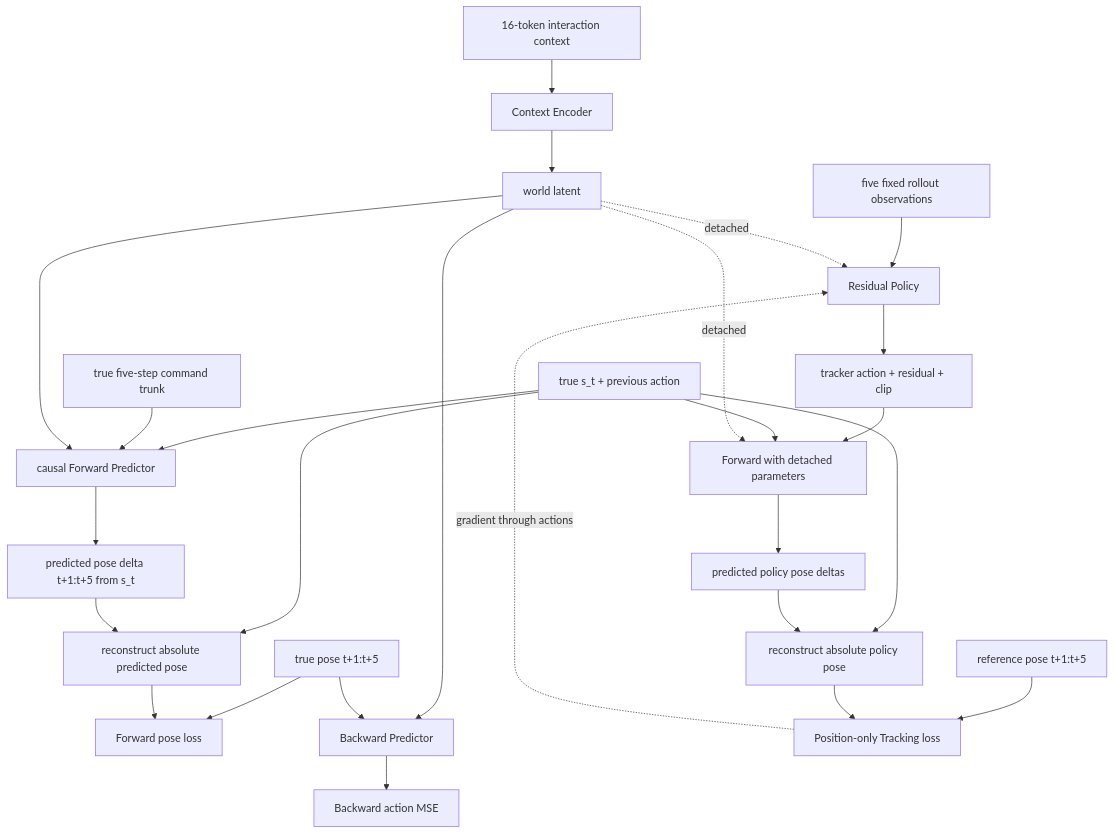
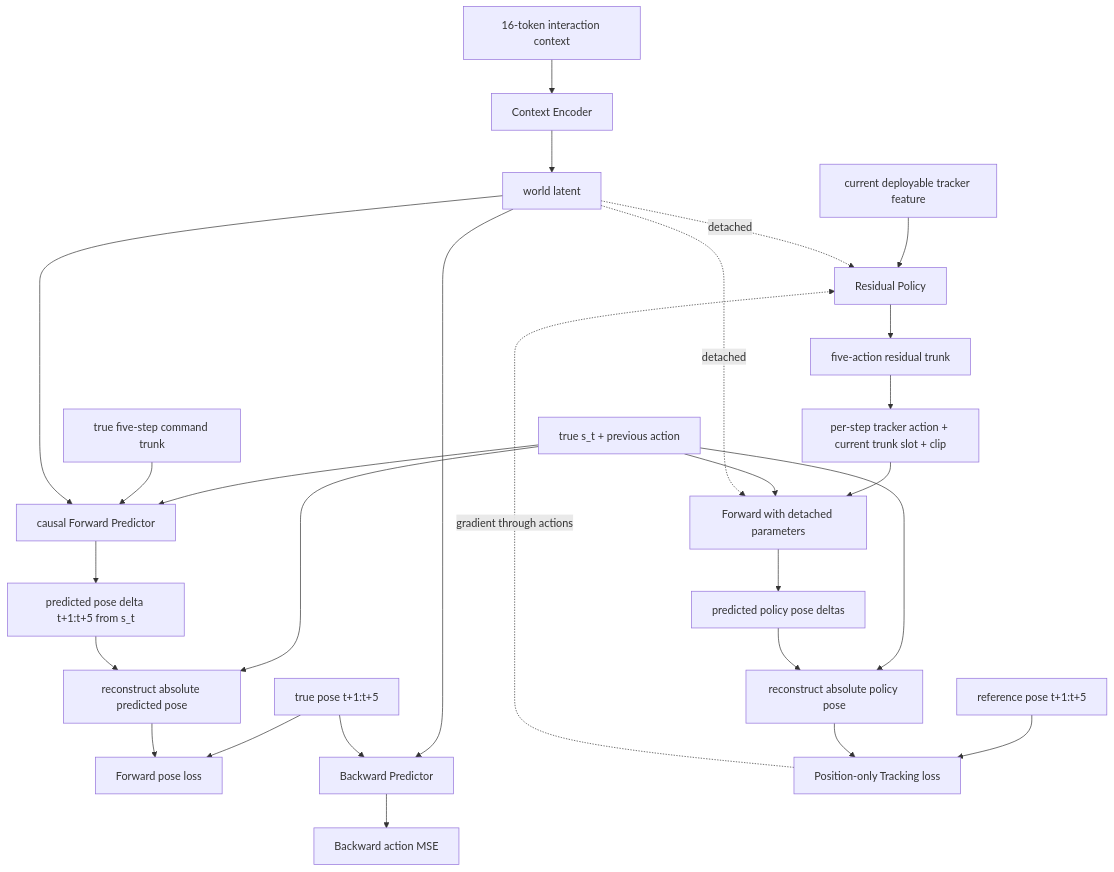
Before and after one commit to mwondering/intact-tracking: the diagram in docs/residual_training_flow.md, drawn with Mermaid. The commit also changed other lines of this file and 7 other files, not shown here.

Commit message:
Implement residual action trunk training v3

````diff
--- a/docs/residual_training_flow.md
+++ b/docs/residual_training_flow.md
@@ -59,31 +69,32 @@
 ```mermaid
 flowchart TB
     C[16-token interaction context] --> CE[Context Encoder]
     CE --> W[world latent]
 
     S[true s_t + previous action] --> F[causal Forward Predictor]
     A[true five-step command trunk] --> F
     W --> F
     F --> DF[predicted pose delta t+1:t+5 from s_t]
     S --> RF[reconstruct absolute predicted pose]
     DF --> RF
     ST[true pose t+1:t+5] --> LF[Forward pose loss]
     RF --> LF
 
     W --> B[Backward Predictor]
     ST --> B
     B --> LB[Backward action MSE]
 
-    O[five fixed rollout observations] --> P[Residual Policy]
+    O[current deployable tracker feature] --> P[Residual Policy]
     W -. detached .-> P
-    P --> AC[tracker action + residual + clip]
+    P --> RT[five-action residual trunk]
+    RT --> AC[per-step tracker action + current trunk slot + clip]
     AC --> FF[Forward with detached parameters]
     S --> FF
     W -. detached .-> FF
     FF --> DP[predicted policy pose deltas]
     S --> RP[reconstruct absolute policy pose]
     DP --> RP
     R[reference pose t+1:t+5] --> LT[Position-only Tracking loss]
     RP --> LT
     LT -. gradient through actions .-> P
 ```
````
